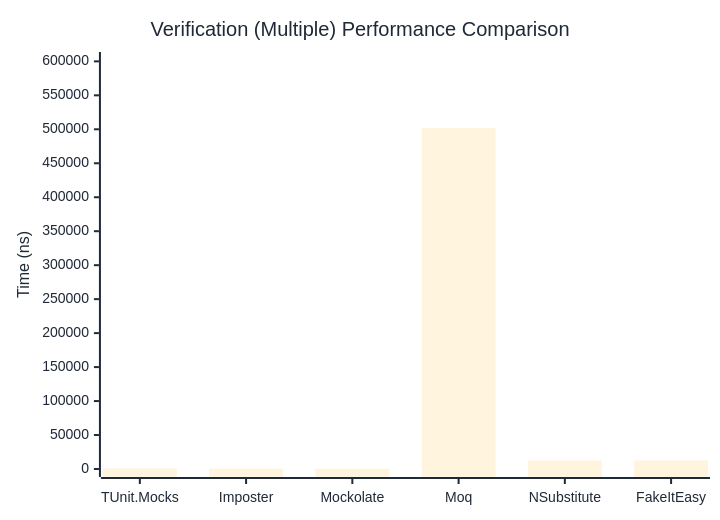
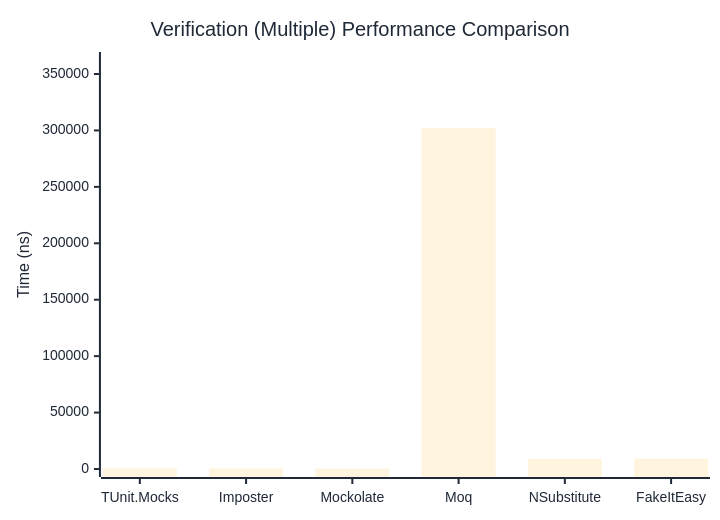
Before and after one commit to thomhurst/TUnit: the third of 3 diagrams in docs/docs/benchmarks/mocks/Verification.md, drawn with Mermaid. The commit also changed other lines of this file and 14 other files, not shown here.

````diff
--- a/docs/docs/benchmarks/mocks/Verification.md
+++ b/docs/docs/benchmarks/mocks/Verification.md
@@ -112,27 +112,27 @@
 ```mermaid
 %%{init: {
   'theme':'base',
   'themeVariables': {
     'primaryColor': '#2563eb',
     'primaryTextColor': '#1f2937',
     'primaryBorderColor': '#1e40af',
     'lineColor': '#6b7280',
     'secondaryColor': '#7c3aed',
     'tertiaryColor': '#dc2626',
     'background': '#ffffff',
     'pie1': '#2563eb',
     'pie2': '#7c3aed',
     'pie3': '#dc2626',
     'pie4': '#f59e0b',
     'pie5': '#10b981',
     'pie6': '#06b6d4',
     'pie7': '#ec4899',
     'pie8': '#6366f1'
   }
 }}%%
 xychart-beta
   title "Verification (Multiple) Performance Comparison"
   x-axis ["TUnit.Mocks", "Imposter", "Mockolate", "Moq", "NSubstitute", "FakeItEasy"]
-  y-axis "Time (ns)" 0 --> 602004
-  bar [971.23, 528.38, 421.64, 501669.26, 12515.22, 12633.91]
+  y-axis "Time (ns)" 0 --> 362401
+  bar [597.48, 502.68, 317.7, 302000.19, 8935.32, 9128.87]
 ```
````
